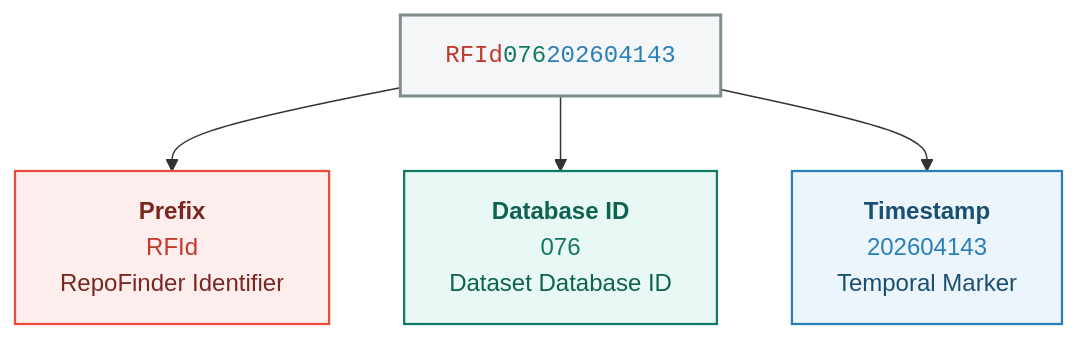
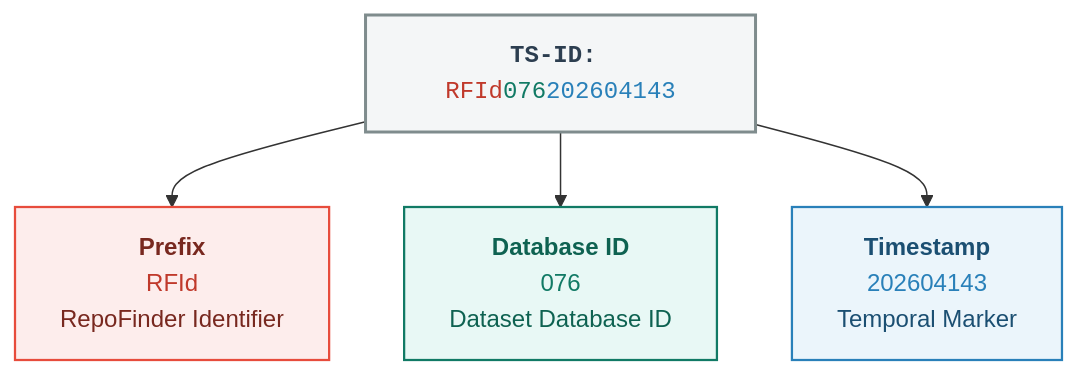
The diagram in rfid-description.mermaid (fairagro/rdi-fairness-interviews), drawn with Mermaid before and after one commit.

Commit message:
Refactor RFId diagram structure and styling

```diff
--- a/rfid-description.mermaid
+++ b/rfid-description.mermaid
@@ -1,19 +1,18 @@
----
-config:
-  layout: dagre
----
-flowchart TB
-    ID@{ label: "<font color=\"#C0392B\">RFId</font><font color=\"#117A65\">076</font><font color=\"#2980B9\">202604143</font>" } --> Prefix@{ label: "<b>Prefix</b><br><font color=\"#C0392B\">RFId</font><br>RepoFinder Identifier" } & DbId@{ label: "<b>Database ID</b><br><font color=\"#117A65\">076</font><br>Dataset Database ID" } & Stamp@{ label: "<b>Timestamp</b><br><font color=\"#2980B9\">202604143</font><br>Temporal Marker" }
+graph TD
+    %% Main ID Node
+    ID["<b>TS-ID:</b> <font color='#C0392B'>RFId</font><font color='#117A65'>076</font><font color='#2980B9'>202604143</font>"]:::mainNode
+    
+    %% Decomposed Segments
+    Prefix["<b>Prefix</b><br/><font color='#C0392B'>RFId</font><br/>RepoFinder Identifier"]:::prefixNode
+    DbId["<b>Database ID</b><br/><font color='#117A65'>076</font><br/>Dataset Database ID"]:::dbNode
+    Stamp["<b>Timestamp</b><br/><font color='#2980B9'>202604143</font><br/>Temporal Marker"]:::stampNode
 
-    ID@{ shape: rect}
-    Prefix@{ shape: rect}
-    DbId@{ shape: rect}
-    Stamp@{ shape: rect}
-     ID:::mainNode
-     Prefix:::prefixNode
-     DbId:::dbNode
-     Stamp:::stampNode
-    classDef mainNode fill:#F4F6F7,stroke:#7F8C8D,stroke-width:2px,color:#2C3E50,font-family:monospace
-    classDef prefixNode fill:#FDEDEC,stroke:#E74C3C,stroke-width:1.5px,color:#78281F,font-family:sans-serif
-    classDef dbNode fill:#E8F8F5,stroke:#117A65,stroke-width:1.5px,color:#0E6251,font-family:sans-serif
-    classDef stampNode fill:#EBF5FB,stroke:#2980B9,stroke-width:1.5px,color:#1B4F72,font-family:sans-serif
+    ID --> Prefix
+    ID --> DbId
+    ID --> Stamp
+
+    %% Styling
+    classDef mainNode fill:#F4F6F7,stroke:#7F8C8D,stroke-width:2px,color:#2C3E50,font-family:monospace;
+    classDef prefixNode fill:#FDEDEC,stroke:#E74C3C,stroke-width:1.5px,color:#78281F,font-family:sans-serif;
+    classDef dbNode fill:#E8F8F5,stroke:#117A65,stroke-width:1.5px,color:#0E6251,font-family:sans-serif;
+    classDef stampNode fill:#EBF5FB,stroke:#2980B9,stroke-width:1.5px,color:#1B4F72,font-family:sans-serif;
```
